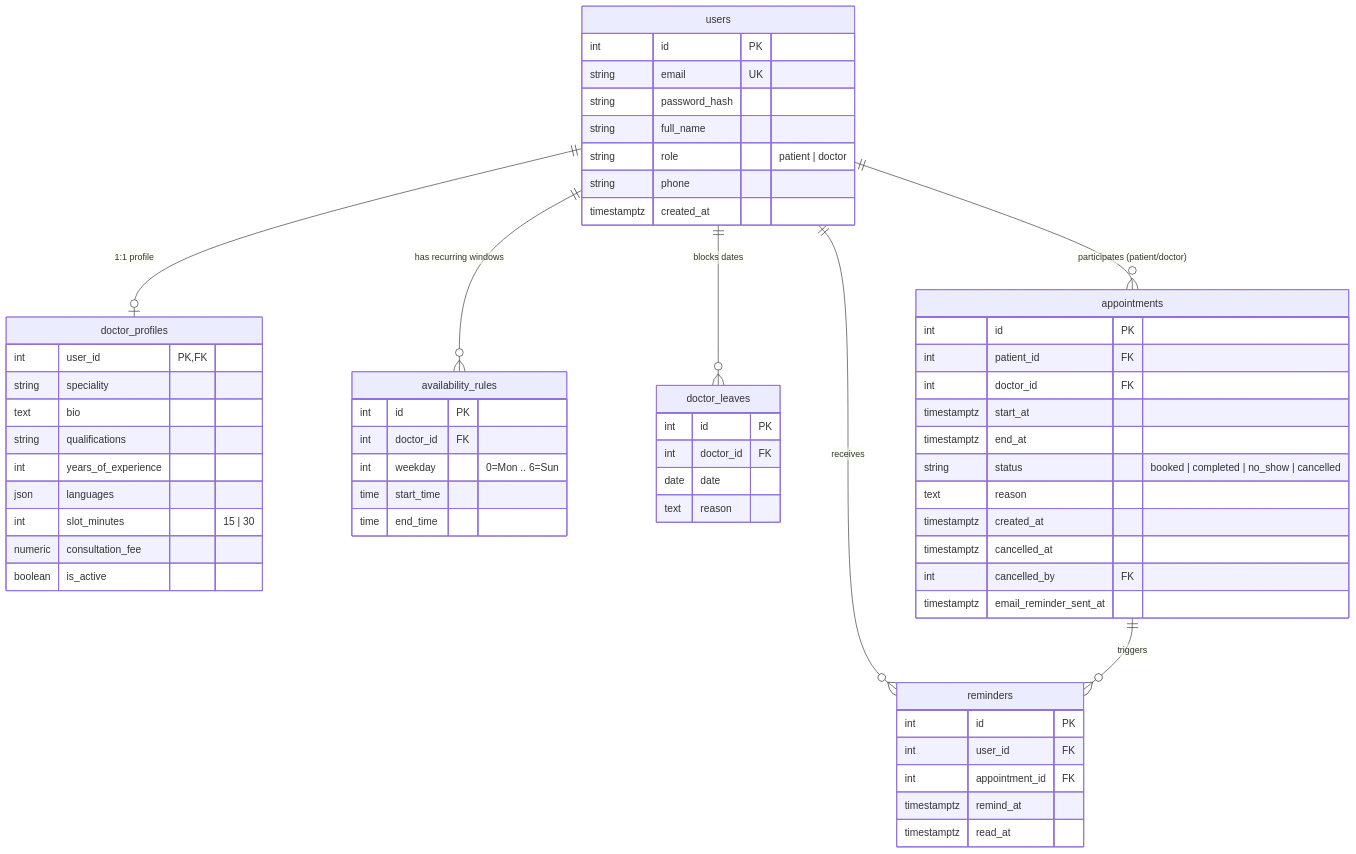
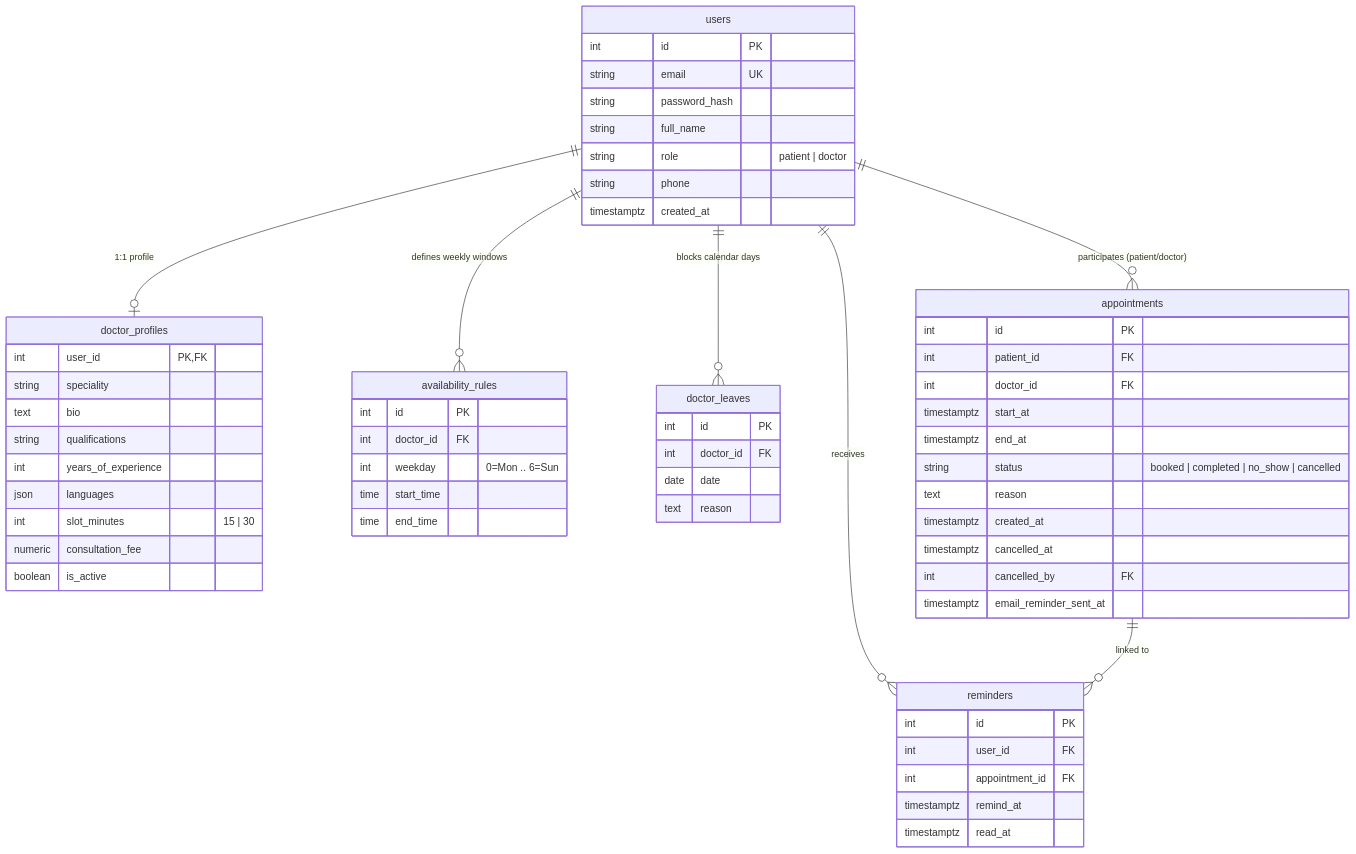
Before and after one commit to vebhav-code/Clinic_Appointment_Booking: the diagram in README.md, drawn with Mermaid. The commit also changed other lines of this file and 24 other files, not shown here.

````diff
--- a/README.md
+++ b/README.md
@@ -42,68 +161,68 @@
 ```mermaid
 erDiagram
     users ||--o| doctor_profiles : "1:1 profile"
-    users ||--o{ availability_rules : "has recurring windows"
-    users ||--o{ doctor_leaves : "blocks dates"
+    users ||--o{ availability_rules : "defines weekly windows"
+    users ||--o{ doctor_leaves : "blocks calendar days"
     users ||--o{ appointments : "participates (patient/doctor)"
     users ||--o{ reminders : "receives"
-    appointments ||--o{ reminders : "triggers"
+    appointments ||--o{ reminders : "linked to"
 
     users {
         int id PK
         string email UK
         string password_hash
         string full_name
         string role "patient | doctor"
         string phone
         timestamptz created_at
     }
 
     doctor_profiles {
         int user_id PK, FK
         string speciality
         text bio
         string qualifications
         int years_of_experience
         json languages
         int slot_minutes "15 | 30"
         numeric consultation_fee
         boolean is_active
     }
 
     availability_rules {
         int id PK
         int doctor_id FK
         int weekday "0=Mon .. 6=Sun"
         time start_time
         time end_time
     }
 
     doctor_leaves {
         int id PK
         int doctor_id FK
         date date
         text reason
     }
 
     appointments {
         int id PK
         int patient_id FK
         int doctor_id FK
         timestamptz start_at
         timestamptz end_at
         string status "booked | completed | no_show | cancelled"
         text reason
         timestamptz created_at
         timestamptz cancelled_at
         int cancelled_by FK
         timestamptz email_reminder_sent_at
     }
 
     reminders {
         int id PK
         int user_id FK
         int appointment_id FK
         timestamptz remind_at
         timestamptz read_at
     }
 ```
````
